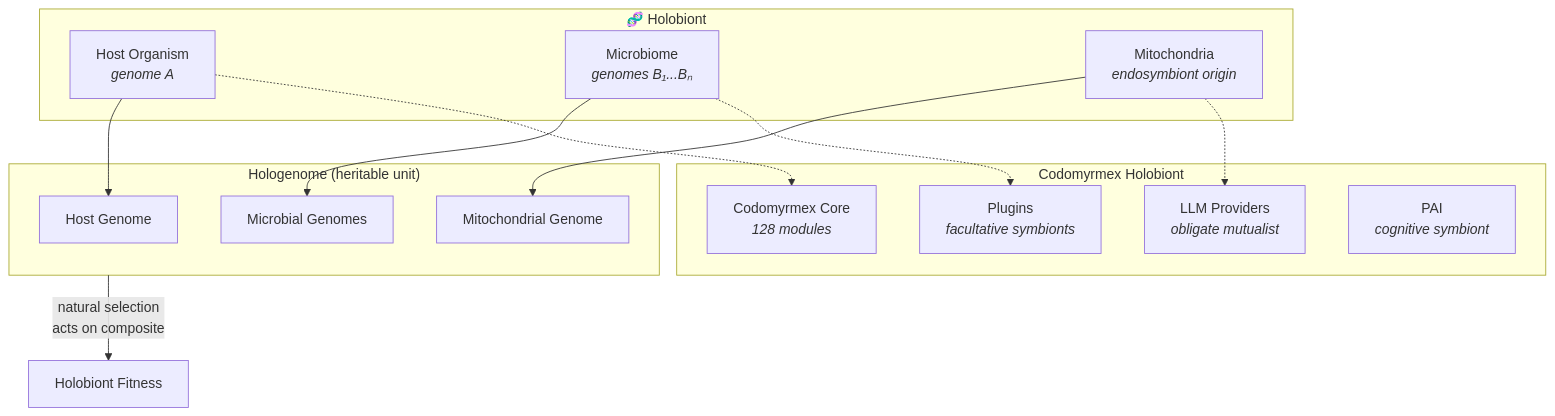
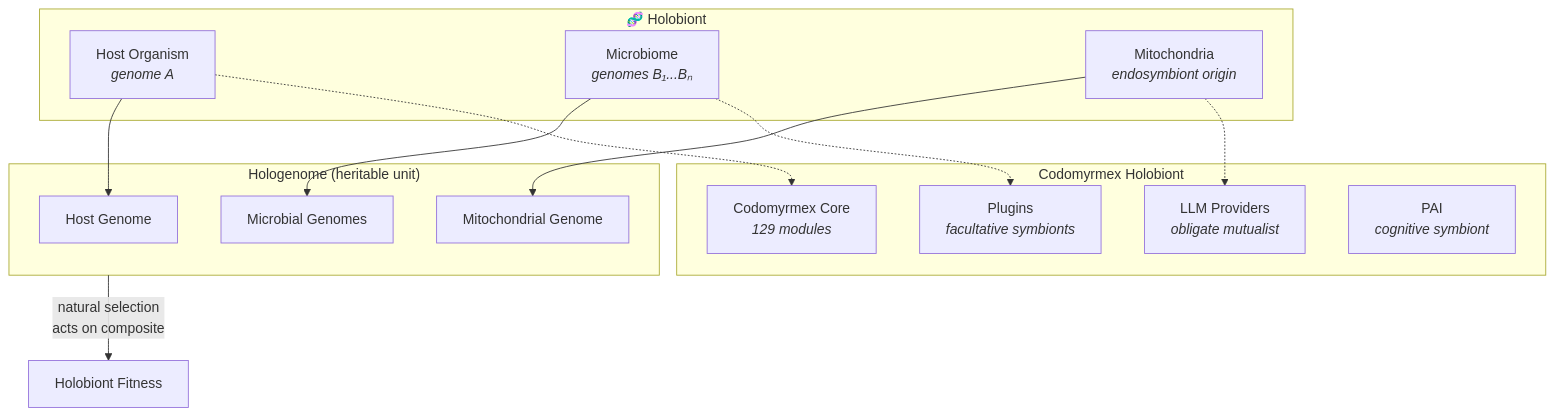
Before and after one commit to docxology/codomyrmex: the first of 2 diagrams in docs/bio/symbiosis.md, drawn with Mermaid. The commit also changed 948 other files, not shown here.

````diff
--- a/docs/bio/symbiosis.md
+++ b/docs/bio/symbiosis.md
@@ -17,31 +17,31 @@
 ```mermaid
 graph TB
     subgraph HOLOBIONT["🧬 Holobiont"]
         HOST["Host Organism<br/><i>genome A</i>"]
         MICRO["Microbiome<br/><i>genomes B₁...Bₙ</i>"]
         MITO["Mitochondria<br/><i>endosymbiont origin</i>"]
     end
 
     subgraph HOLOGENOME["Hologenome (heritable unit)"]
         HOST_G["Host Genome"]
         MICRO_G["Microbial Genomes"]
         MITO_G["Mitochondrial Genome"]
     end
 
     HOST --> HOST_G
     MICRO --> MICRO_G
     MITO --> MITO_G
 
     HOLOGENOME -->|"natural selection<br/>acts on composite"| FITNESS["Holobiont Fitness"]
 
     subgraph CDM_HOLO["Codomyrmex Holobiont"]
-        CDM_HOST["Codomyrmex Core<br/><i>128 modules</i>"]
+        CDM_HOST["Codomyrmex Core<br/><i>129 modules</i>"]
         CDM_LLM["LLM Providers<br/><i>obligate mutualist</i>"]
         CDM_PLUGINS["Plugins<br/><i>facultative symbionts</i>"]
         CDM_PAI["PAI<br/><i>cognitive symbiont</i>"]
     end
 
     HOST -.-> CDM_HOST
     MICRO -.-> CDM_PLUGINS
     MITO -.-> CDM_LLM
 ```
````
